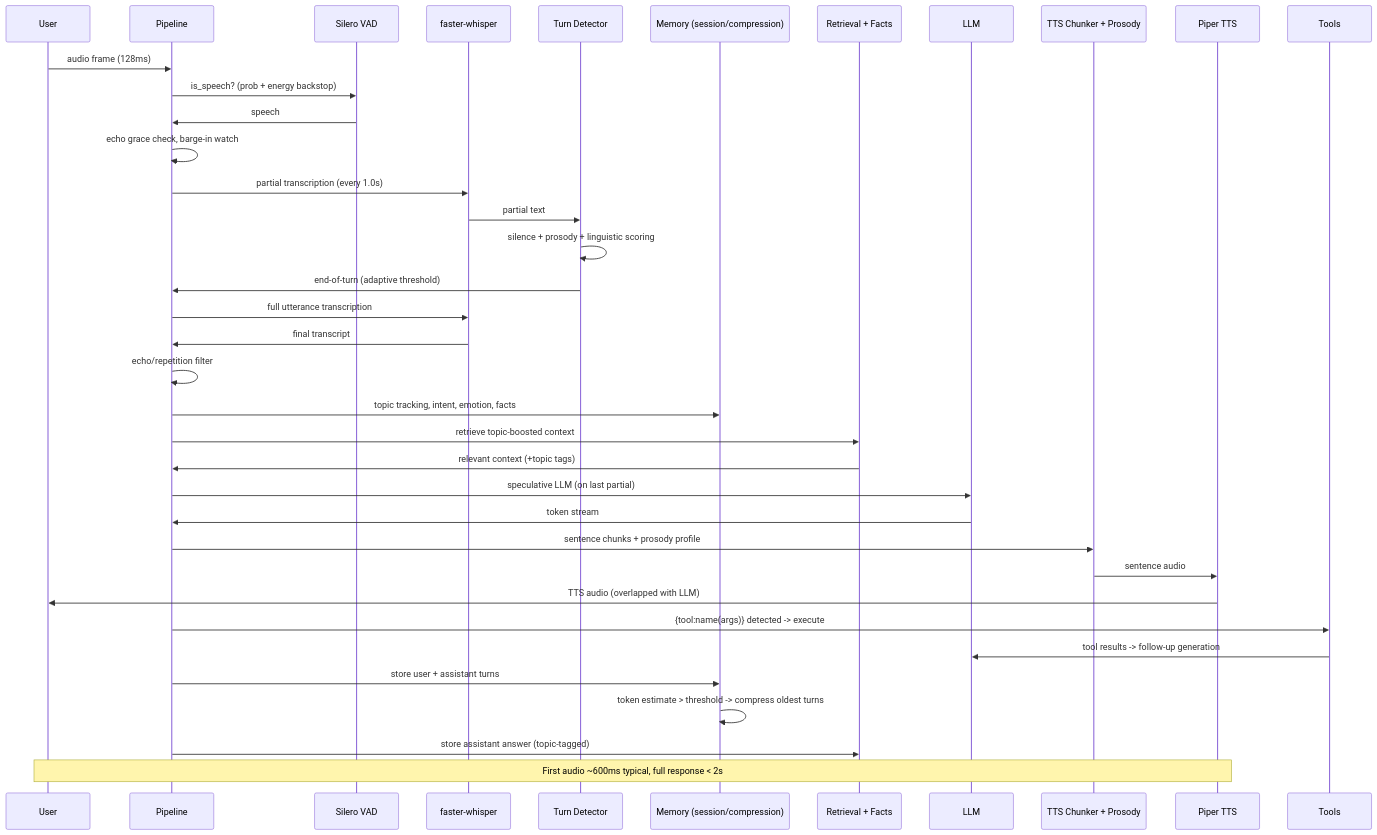
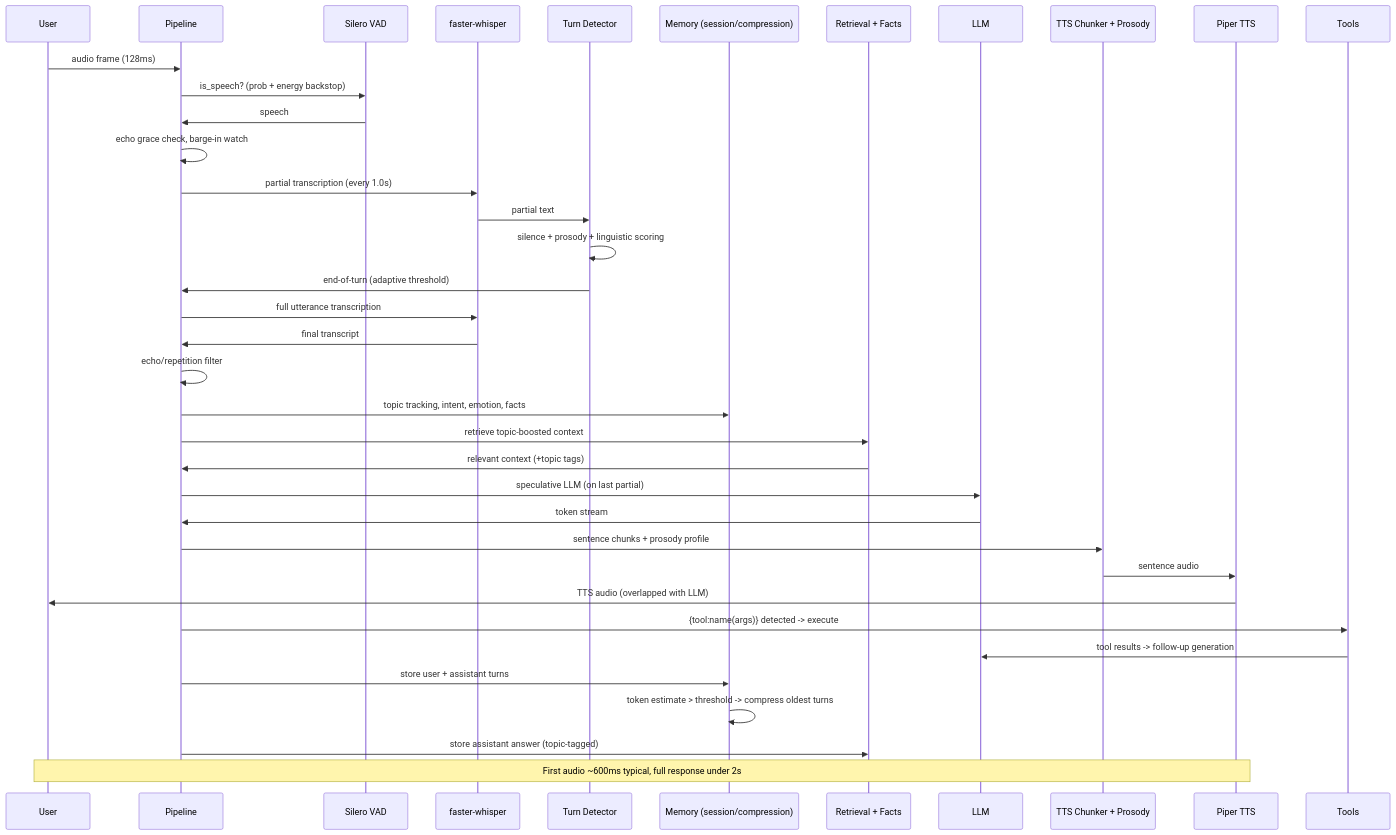
The fourth of 4 diagrams in README.md (Shindevrp/Bolo), drawn with Mermaid before and after one commit. The commit also changed other lines of this file, not shown here.

Commit message:
docs: fix README cover rendering + mermaid parse errors

````diff
--- a/README.md
+++ b/README.md
@@ -498,40 +473,40 @@
 ```mermaid
 sequenceDiagram
     participant U as User
     participant P as Pipeline
     participant V as Silero VAD
     participant S as faster-whisper
     participant T as Turn Detector
     participant M as Memory (session/compression)
     participant R as Retrieval + Facts
     participant L as LLM
     participant K as TTS Chunker + Prosody
     participant X as Piper TTS
     participant O as Tools
 
     U->>P: audio frame (128ms)
     P->>V: is_speech? (prob + energy backstop)
     V->>P: speech
     P->>P: echo grace check, barge-in watch
     P->>S: partial transcription (every 1.0s)
     S->>T: partial text
     T->>T: silence + prosody + linguistic scoring
     T->>P: end-of-turn (adaptive threshold)
     P->>S: full utterance transcription
     S->>P: final transcript
     P->>P: echo/repetition filter
     P->>M: topic tracking, intent, emotion, facts
     P->>R: retrieve topic-boosted context
     R->>P: relevant context (+topic tags)
     P->>L: speculative LLM (on last partial)
     L->>P: token stream
     P->>K: sentence chunks + prosody profile
     K->>X: sentence audio
     X->>U: TTS audio (overlapped with LLM)
     P->>O: {tool:name(args)} detected -> execute
     O->>L: tool results -> follow-up generation
     P->>M: store user + assistant turns
     M->>M: token estimate > threshold -> compress oldest turns
     P->>R: store assistant answer (topic-tagged)
-    Note over U,X: First audio ~600ms typical, full response < 2s
+    Note over U,X: First audio ~600ms typical, full response under 2s
 ```
````
